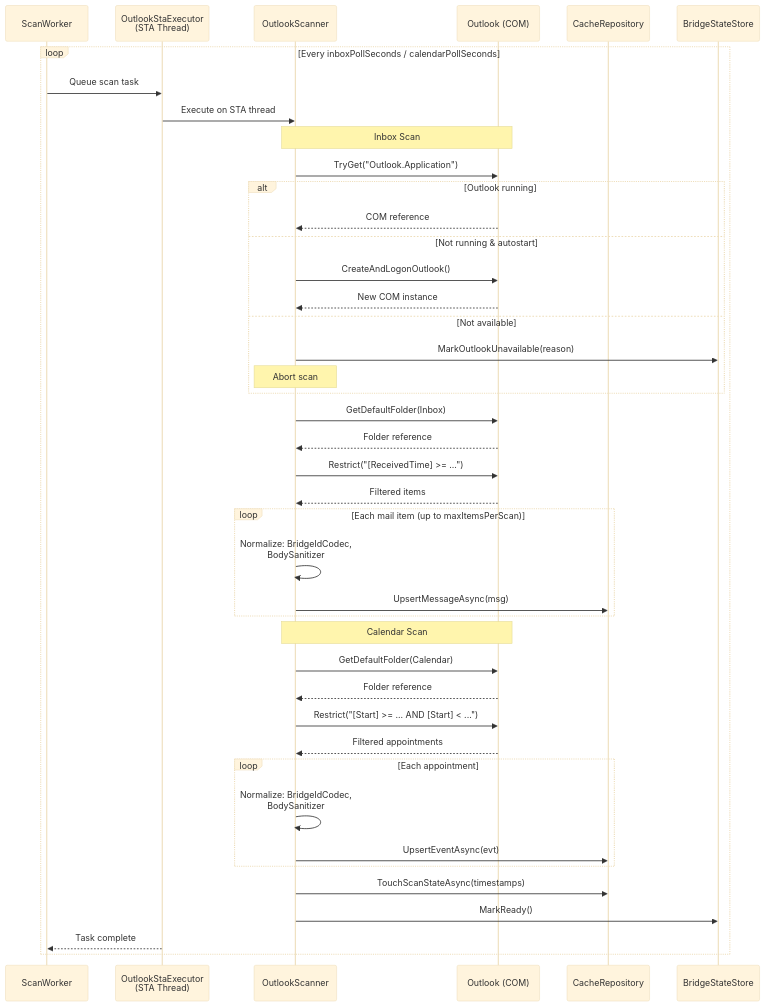
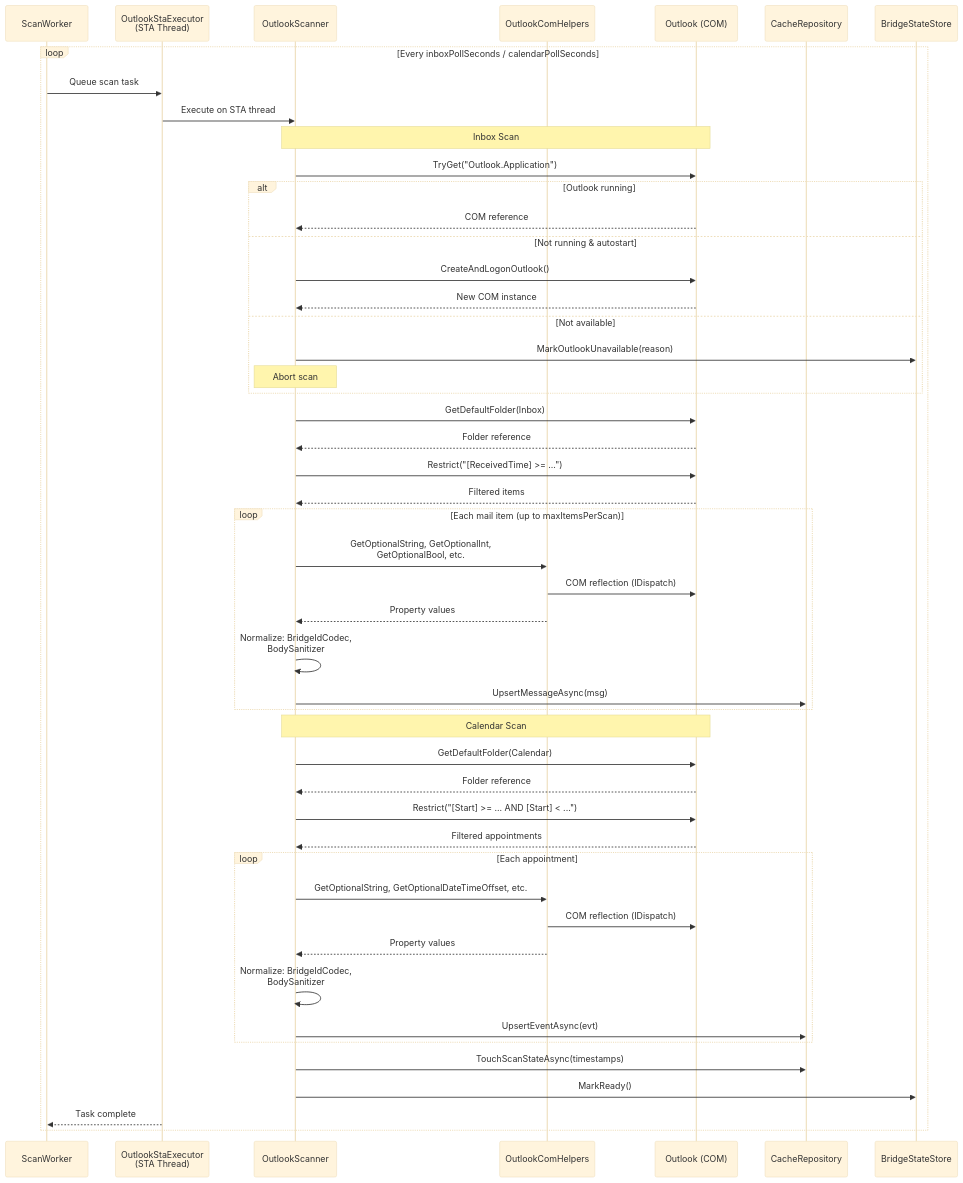
One commit to drmoisan/open-claw-bridge changed the third of 8 diagrams in docs/architecture-diagrams.md. Above: the diagram before and after it, drawn with Mermaid (base theme). The commit also changed other lines of this file and 45 other files, not shown here.

````diff
--- a/docs/architecture-diagrams.md
+++ b/docs/architecture-diagrams.md
@@ -63,51 +65,58 @@
 ```mermaid
 sequenceDiagram
     participant SW as ScanWorker
     participant STA as OutlookStaExecutor<br/>(STA Thread)
     participant OS as OutlookScanner
+    participant OCH as OutlookComHelpers
     participant OL as Outlook (COM)
     participant CR as CacheRepository
     participant BSS as BridgeStateStore
 
     loop Every inboxPollSeconds / calendarPollSeconds
         SW->>STA: Queue scan task
         STA->>OS: Execute on STA thread
 
         Note over OS,OL: Inbox Scan
         OS->>OL: TryGet("Outlook.Application")
         alt Outlook running
             OL-->>OS: COM reference
         else Not running & autostart
             OS->>OL: CreateAndLogonOutlook()
             OL-->>OS: New COM instance
         else Not available
             OS->>BSS: MarkOutlookUnavailable(reason)
             Note over OS: Abort scan
         end
 
         OS->>OL: GetDefaultFolder(Inbox)
         OL-->>OS: Folder reference
         OS->>OL: Restrict("[ReceivedTime] >= ...")
         OL-->>OS: Filtered items
 
         loop Each mail item (up to maxItemsPerScan)
+            OS->>OCH: GetOptionalString, GetOptionalInt,<br/>GetOptionalBool, etc.
+            OCH->>OL: COM reflection (IDispatch)
+            OCH-->>OS: Property values
             OS->>OS: Normalize: BridgeIdCodec,<br/>BodySanitizer
             OS->>CR: UpsertMessageAsync(msg)
         end
 
         Note over OS,OL: Calendar Scan
         OS->>OL: GetDefaultFolder(Calendar)
         OL-->>OS: Folder reference
         OS->>OL: Restrict("[Start] >= ... AND [Start] < ...")
         OL-->>OS: Filtered appointments
 
         loop Each appointment
+            OS->>OCH: GetOptionalString, GetOptionalDateTimeOffset, etc.
+            OCH->>OL: COM reflection (IDispatch)
+            OCH-->>OS: Property values
             OS->>OS: Normalize: BridgeIdCodec,<br/>BodySanitizer
             OS->>CR: UpsertEventAsync(evt)
         end
 
         OS->>CR: TouchScanStateAsync(timestamps)
         OS->>BSS: MarkReady()
         STA-->>SW: Task complete
     end
 ```
````
